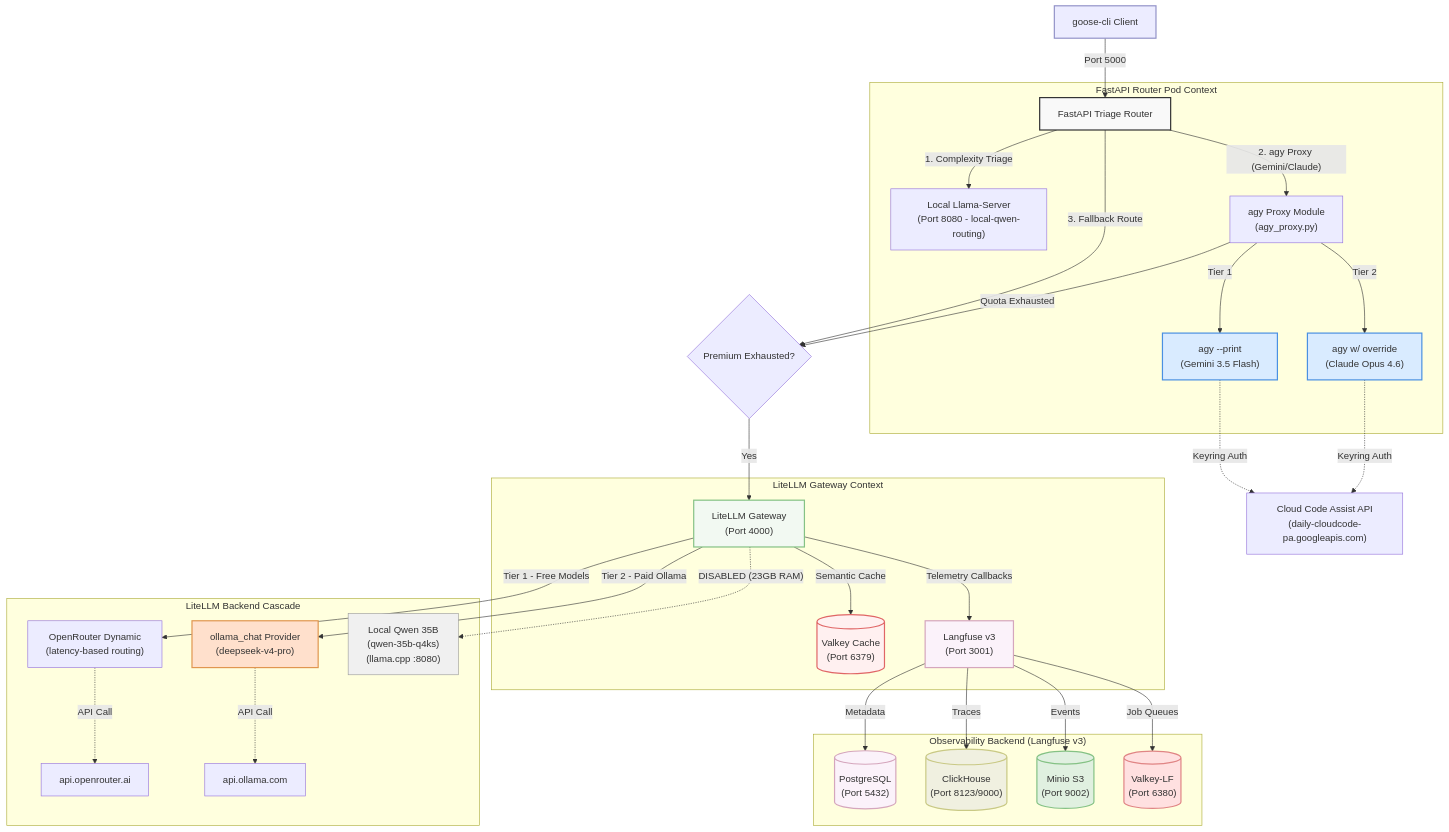
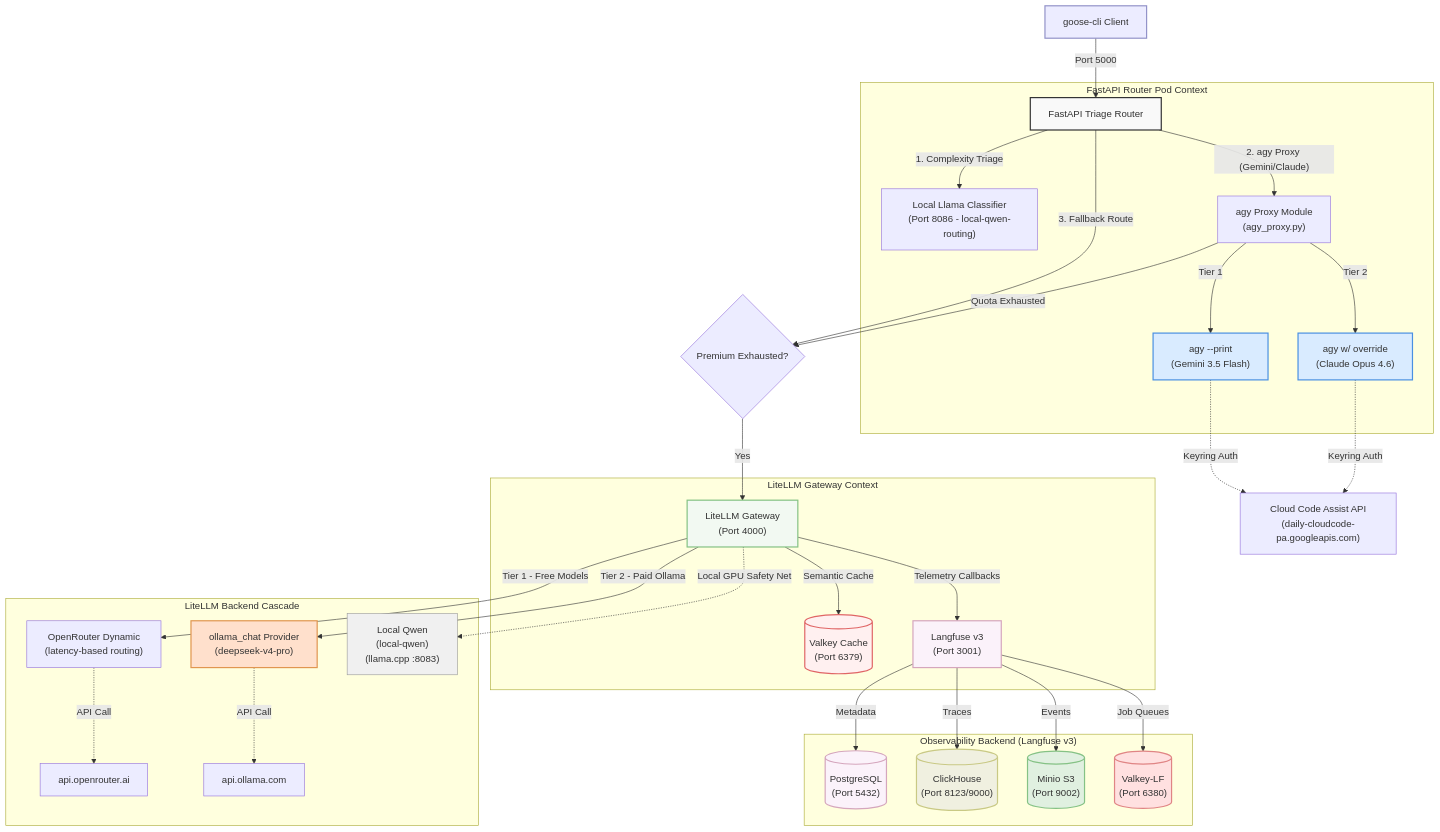
Before and after one commit to sheepdestroyer/LLM-Routing: the first of 3 diagrams in README.md, drawn with Mermaid. The commit also changed other lines of this file, not shown here.

Commit message:
docs: update architecture diagrams and port tables for dedicated CPU classifier (port 8086) (#526)

````diff
--- a/README.md
+++ b/README.md
@@ -15,53 +15,53 @@
 ```mermaid
 graph TD
     Client["goose-cli Client"] -->|Port 5000| Router["FastAPI Triage Router"]
 
     subgraph FastAPIRouter ["FastAPI Router Pod Context"]
-        Router -->|1. Complexity Triage| LlamaServer["Local Llama-Server\n(Port 8080 - local-qwen-routing)"]
+        Router -->|1. Complexity Triage| LlamaServer["Local Llama Classifier\n(Port 8086 - local-qwen-routing)"]
         Router -->|"2. agy Proxy (Gemini/Claude)"| AgyProxy["agy Proxy Module\n(agy_proxy.py)"]
 
         AgyProxy -->|Tier 1| AgyGemini["agy --print\n(Gemini 3.5 Flash)"]
         AgyProxy -->|Tier 2| AgyOpus["agy w/ override\n(Claude Opus 4.6)"]
     end
 
     AgyGemini -.->|Keyring Auth| Google["Cloud Code Assist API\n(daily-cloudcode-pa.googleapis.com)"]
     AgyOpus -.->|Keyring Auth| Google
 
     Router -->|3. Fallback Route| RouteSelector{"Premium Exhausted?"}
     RouteSelector -->|Yes| LiteLLM["LiteLLM Gateway\n(Port 4000)"]
     AgyProxy -->|Quota Exhausted| RouteSelector
 
     subgraph LiteLLMGateway ["LiteLLM Gateway Context"]
         LiteLLM -->|Semantic Cache| Valkey[("Valkey Cache\n(Port 6379)")]
         LiteLLM -->|Telemetry Callbacks| Langfuse["Langfuse v3\n(Port 3001)"]
     end
 
     subgraph BackendRoutingCascade ["LiteLLM Backend Cascade"]
         LiteLLM -->|Tier 1 - Free Models| OpenRouter["OpenRouter Dynamic\n(latency-based routing)"]
         LiteLLM -->|Tier 2 - Paid Ollama| OllamaTier["ollama_chat Provider\n(deepseek-v4-pro)"]
         OpenRouter -.->|API Call| OpenRouterAPI["api.openrouter.ai"]
         OllamaTier -.->|API Call| OllamaAPI["api.ollama.com"]
-        LiteLLM -.->|"DISABLED (23GB RAM)"| QwenLocal["Local Qwen 35B\n(qwen-35b-q4ks)\n(llama.cpp :8080)"]
+        LiteLLM -.->|"Local GPU Safety Net"| QwenLocal["Local Qwen\n(local-qwen)\n(llama.cpp :8083)"]
     end
 
     subgraph Observability ["Observability Backend (Langfuse v3)"]
         Langfuse -->|Metadata| Postgres[("PostgreSQL\n(Port 5432)")]
         Langfuse -->|Traces| ClickHouse[("ClickHouse\n(Port 8123/9000)")]
         Langfuse -->|Events| Minio[("Minio S3\n(Port 9002)")]
         Langfuse -->|Job Queues| ValkeyLF[("Valkey-LF\n(Port 6380)")]
     end
 
     style Client fill:#ececff,stroke:#9393c9,stroke-width:2px;
     style Router fill:#f9f9f9,stroke:#333,stroke-width:2px;
     style AgyGemini fill:#d9ebff,stroke:#4a90e2,stroke-width:2px;
     style AgyOpus fill:#d9ebff,stroke:#4a90e2,stroke-width:2px;
     style LiteLLM fill:#f2f9f2,stroke:#85c285,stroke-width:2px;
     style OllamaTier fill:#ffe0cc,stroke:#e09650,stroke-width:2px;
     style Valkey fill:#fff0f0,stroke:#e06666,stroke-width:2px;
     style Langfuse fill:#fbf2fa,stroke:#d5a6bd,stroke-width:2px;
     style Postgres fill:#fbf2fa,stroke:#d5a6bd,stroke-width:2px;
     style ClickHouse fill:#f0f0e0,stroke:#c9c985,stroke-width:2px;
     style Minio fill:#e0f0e0,stroke:#85c285,stroke-width:2px;
     style ValkeyLF fill:#ffe0e0,stroke:#e08585,stroke-width:2px;
     style QwenLocal fill:#f0f0f0,stroke:#999,stroke-width:1px;
 ```
````
